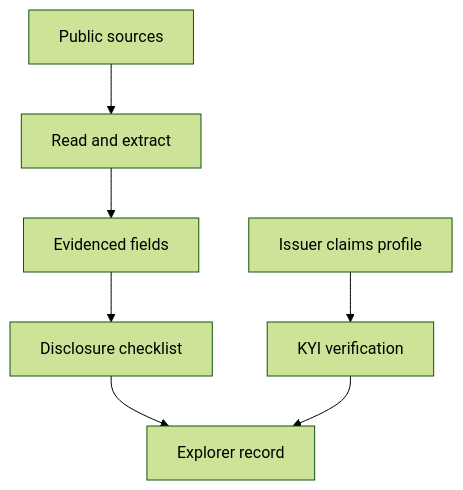
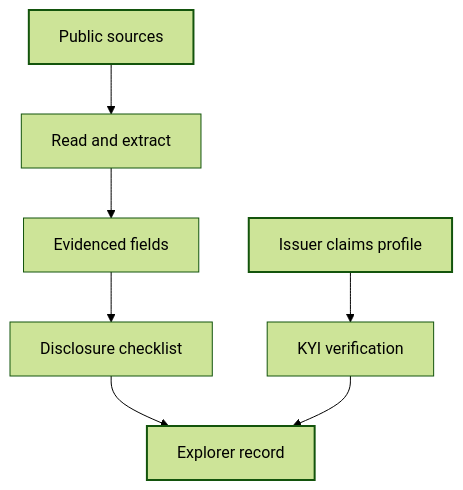
The diagram in explorer/overview.mdx (blupryntco/docs), drawn with Mermaid (forest theme) before and after one commit. The commit also changed 54 other files, not shown here.

Commit message:
Diagrams in site palette with dark mode; Developers overview for SDK + both APIs

````diff
--- a/explorer/overview.mdx
+++ b/explorer/overview.mdx
@@ -46,9 +46,13 @@
 ```mermaid
 flowchart TD
     A[Public sources] --> B[Read and extract]
     B --> C[Evidenced fields]
     C --> D[Disclosure checklist]
     D --> E[Explorer record]
     F[Issuer claims profile] --> G[KYI verification]
     G --> E
+classDef start stroke-width:2px
+classDef done stroke-width:2px
+class A,F start
+class E done
 ```
````
